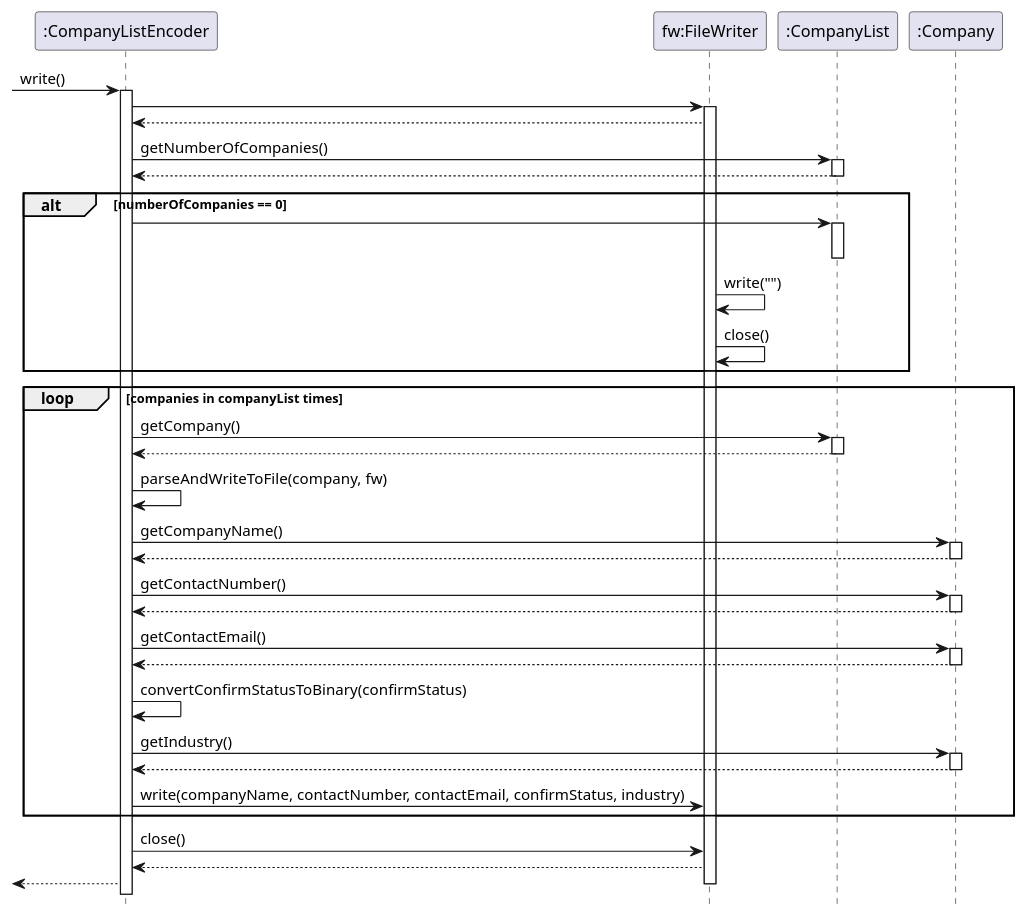
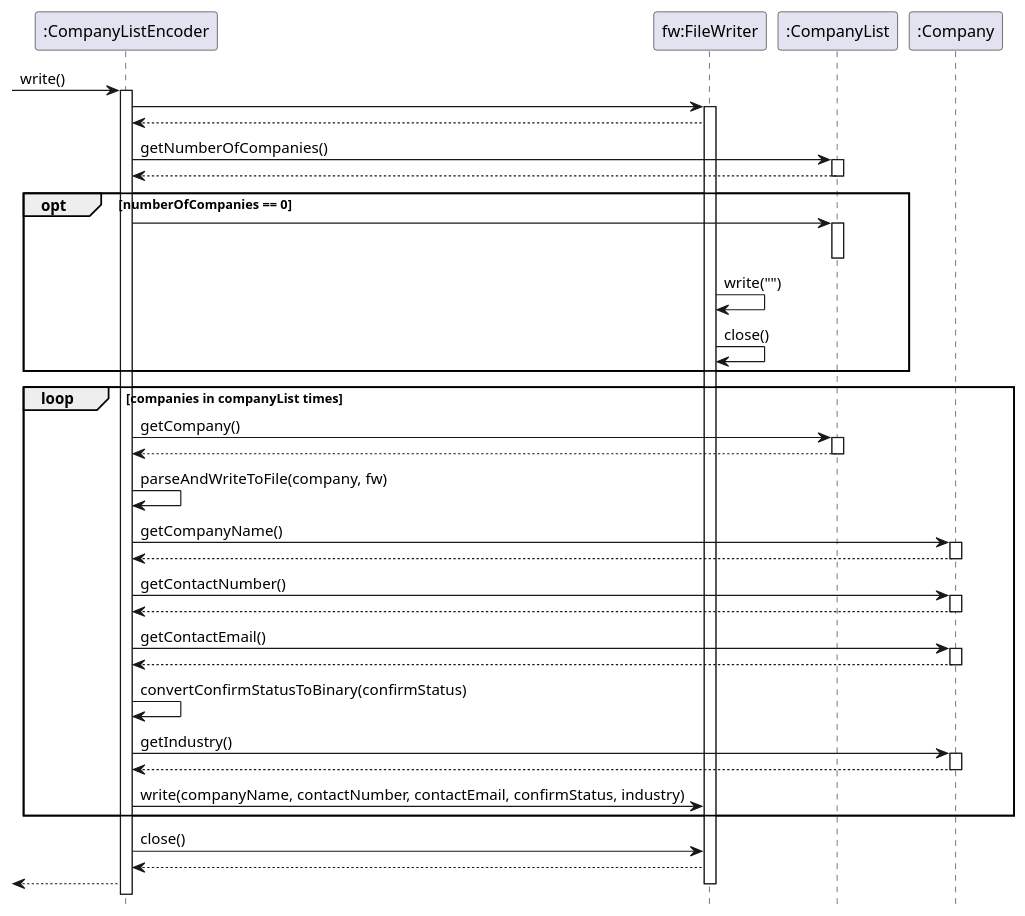
One commit to nus-cs2113-AY2223S2/tp changed the diagram in docs/UML/Encoder.puml. Above: the diagram before and after it, drawn with PlantUML.

Commit message:
Replace alt with opt in Encoder sequence diagram as there is no else partition

```diff
--- a/docs/UML/Encoder.puml
+++ b/docs/UML/Encoder.puml
@@ -1,58 +1,58 @@
 @startuml
 'https://plantuml.com/sequence-diagram
 
 
 hide footbox
  -> ":CompanyListEncoder": write()
     activate ":CompanyListEncoder"
         ":CompanyListEncoder" -> "fw:FileWriter":
         activate "fw:FileWriter"
             "fw:FileWriter" --> ":CompanyListEncoder"
 
             ":CompanyListEncoder" -> ":CompanyList": getNumberOfCompanies()
             activate ":CompanyList"
             ":CompanyList" --> ":CompanyListEncoder"
             deactivate ":CompanyList"
-            alt numberOfCompanies == 0
+            opt numberOfCompanies == 0
                 ":CompanyList" <- ":CompanyListEncoder":
                 activate ":CompanyList"
                 deactivate ":CompanyList"
                 "fw:FileWriter" -> "fw:FileWriter": write("")
                 "fw:FileWriter" -> "fw:FileWriter": close()
             end
             loop companies in companyList times
                 ":CompanyListEncoder" -> ":CompanyList": getCompany()
                 activate ":CompanyList"
                 ":CompanyListEncoder" <-- ":CompanyList":
                 deactivate ":CompanyList"
                 ":CompanyListEncoder" -> ":CompanyListEncoder": parseAndWriteToFile(company, fw)
 
                 ":CompanyListEncoder" -> ":Company": getCompanyName()
                 activate ":Company"
                 ":CompanyListEncoder" <-- ":Company":
                 deactivate ":Company"
 
                 ":CompanyListEncoder" -> ":Company": getContactNumber()
                 activate ":Company"
                 ":CompanyListEncoder" <-- ":Company":
                 deactivate ":Company"
 
                 ":CompanyListEncoder" -> ":Company": getContactEmail()
                 activate ":Company"
                 ":CompanyListEncoder" <-- ":Company":
                 deactivate ":Company"
 
                 ":CompanyListEncoder" -> ":CompanyListEncoder": convertConfirmStatusToBinary(confirmStatus)
                 ":CompanyListEncoder" -> ":Company": getIndustry()
                 activate ":Company"
                 ":CompanyListEncoder" <-- ":Company":
                 deactivate ":Company"
 
                 ":CompanyListEncoder" -> "fw:FileWriter": write(companyName, contactNumber, contactEmail, confirmStatus, industry)
             end
             ":CompanyListEncoder" -> "fw:FileWriter": close()
             ":CompanyListEncoder" <-- "fw:FileWriter"
             <-- ":CompanyListEncoder"
         deactivate "fw:FileWriter"
 
 @enduml
```
